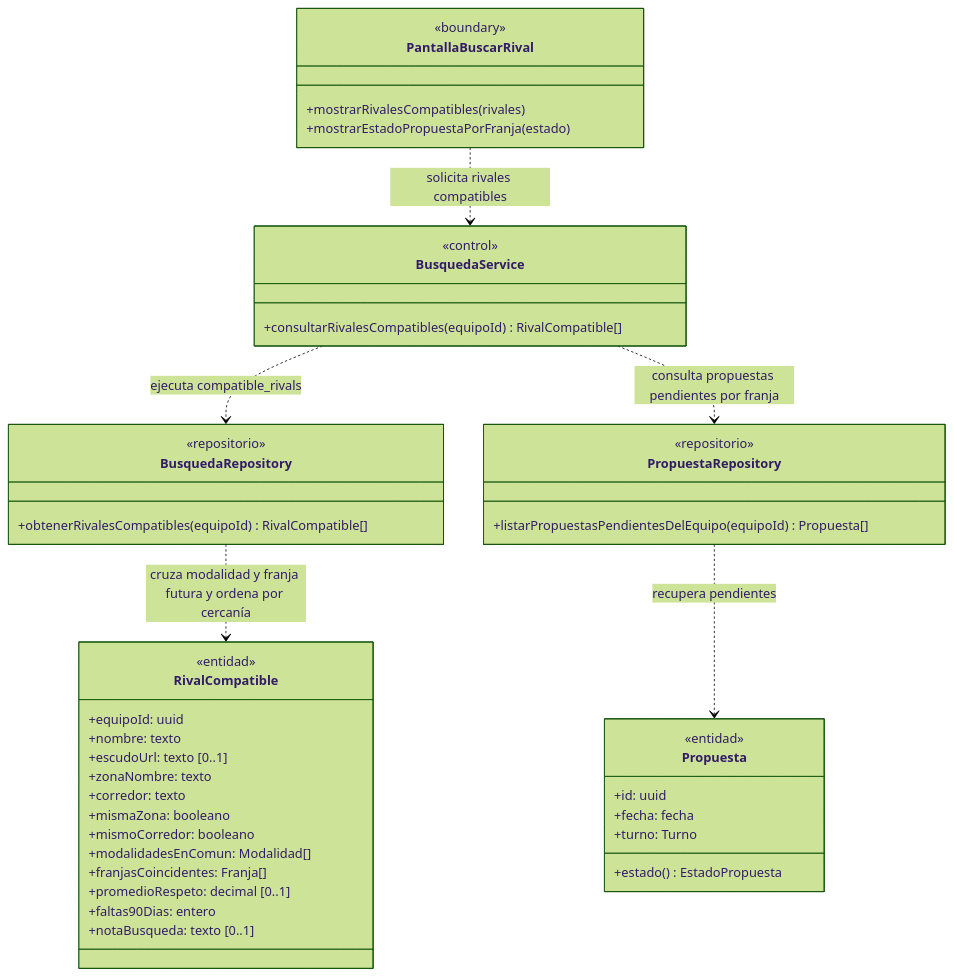
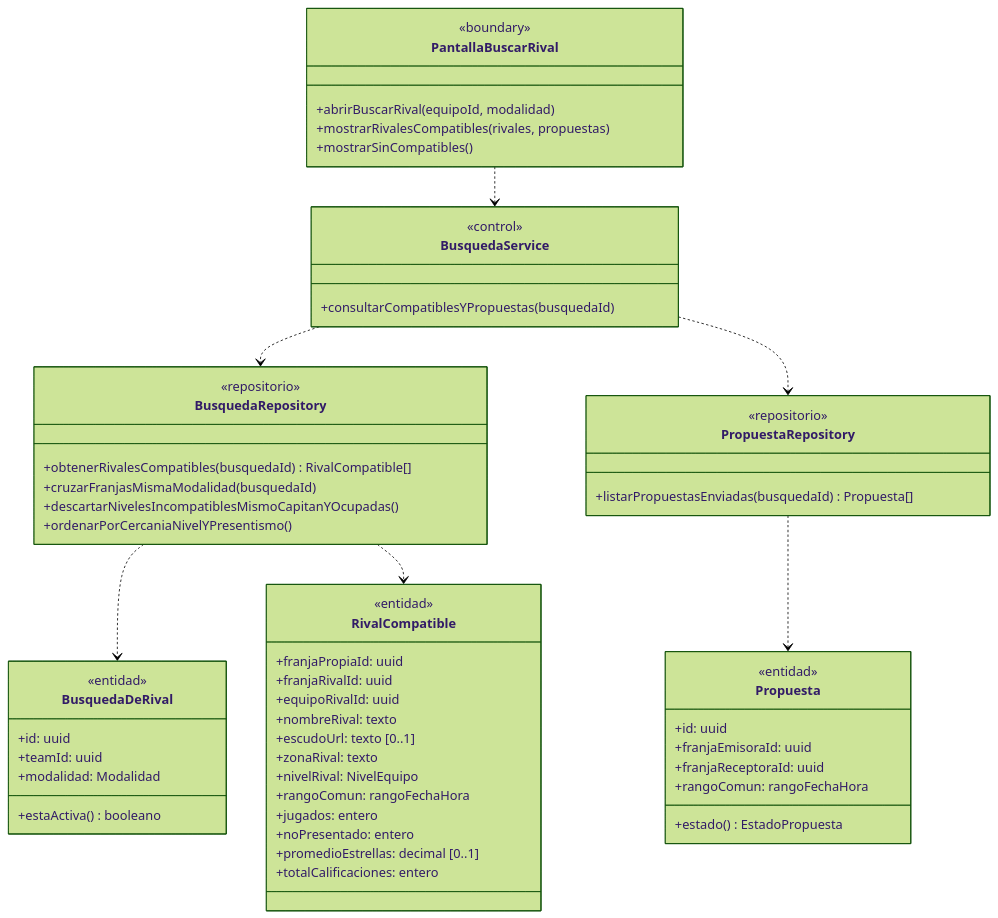
The fourth of 15 diagrams in docs/diagramas-de-clase/partidos.md (nicqletal/torneos-scraper), drawn with Mermaid (forest theme) before and after one commit. The commit also changed other lines of this file and 13 other files, not shown here.

````diff
--- a/docs/diagramas-de-clase/partidos.md
+++ b/docs/diagramas-de-clase/partidos.md
@@ -295,48 +363,60 @@
 ```mermaid
 classDiagram
-direction TB
 class PantallaBuscarRival {
   <<boundary>>
-  +mostrarRivalesCompatibles(rivales)
-  +mostrarEstadoPropuestaPorFranja(estado)
+  +abrirBuscarRival(equipoId, modalidad)
+  +mostrarRivalesCompatibles(rivales, propuestas)
+  +mostrarSinCompatibles()
 }
 class BusquedaService {
   <<control>>
-  +consultarRivalesCompatibles(equipoId) RivalCompatible[]
+  +consultarCompatiblesYPropuestas(busquedaId)
 }
 class BusquedaRepository {
   <<repositorio>>
-  +obtenerRivalesCompatibles(equipoId) RivalCompatible[]
+  +obtenerRivalesCompatibles(busquedaId) RivalCompatible[]
+  +cruzarFranjasMismaModalidad(busquedaId)
+  +descartarNivelesIncompatiblesMismoCapitanYOcupadas()
+  +ordenarPorCercaniaNivelYPresentismo()
 }
 class PropuestaRepository {
   <<repositorio>>
-  +listarPropuestasPendientesDelEquipo(equipoId) Propuesta[]
+  +listarPropuestasEnviadas(busquedaId) Propuesta[]
 }
 class RivalCompatible {
   <<entidad>>
-  +equipoId: uuid
-  +nombre: texto
+  +franjaPropiaId: uuid
+  +franjaRivalId: uuid
+  +equipoRivalId: uuid
+  +nombreRival: texto
   +escudoUrl: texto [0..1]
-  +zonaNombre: texto
-  +corredor: texto
-  +mismaZona: booleano
-  +mismoCorredor: booleano
-  +modalidadesEnComun: Modalidad[]
-  +franjasCoincidentes: Franja[]
-  +promedioRespeto: decimal [0..1]
-  +faltas90Dias: entero
-  +notaBusqueda: texto [0..1]
+  +zonaRival: texto
+  +nivelRival: NivelEquipo
+  +rangoComun: rangoFechaHora
+  +jugados: entero
+  +noPresentado: entero
+  +promedioEstrellas: decimal [0..1]
+  +totalCalificaciones: entero
 }
 class Propuesta {
   <<entidad>>
   +id: uuid
-  +fecha: fecha
-  +turno: Turno
+  +franjaEmisoraId: uuid
+  +franjaReceptoraId: uuid
+  +rangoComun: rangoFechaHora
   +estado() EstadoPropuesta
 }
-PantallaBuscarRival ..> BusquedaService : solicita rivales compatibles
-BusquedaService ..> BusquedaRepository : ejecuta compatible_rivals
-BusquedaService ..> PropuestaRepository : consulta propuestas pendientes por franja
-BusquedaRepository ..> RivalCompatible : cruza modalidad y franja futura y ordena por cercanía
-PropuestaRepository ..> Propuesta : recupera pendientes
+class BusquedaDeRival {
+  <<entidad>>
+  +id: uuid
+  +teamId: uuid
+  +modalidad: Modalidad
+  +estaActiva() booleano
+}
+PantallaBuscarRival ..> BusquedaService
+BusquedaService ..> BusquedaRepository
+BusquedaService ..> PropuestaRepository
+BusquedaRepository ..> BusquedaDeRival
+BusquedaRepository ..> RivalCompatible
+PropuestaRepository ..> Propuesta
 ```
````
